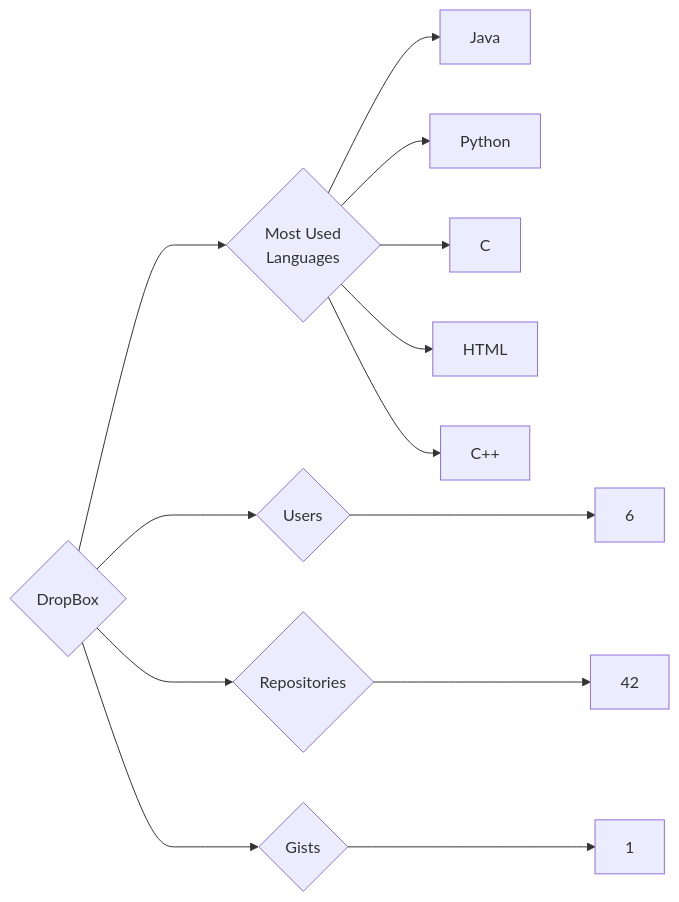
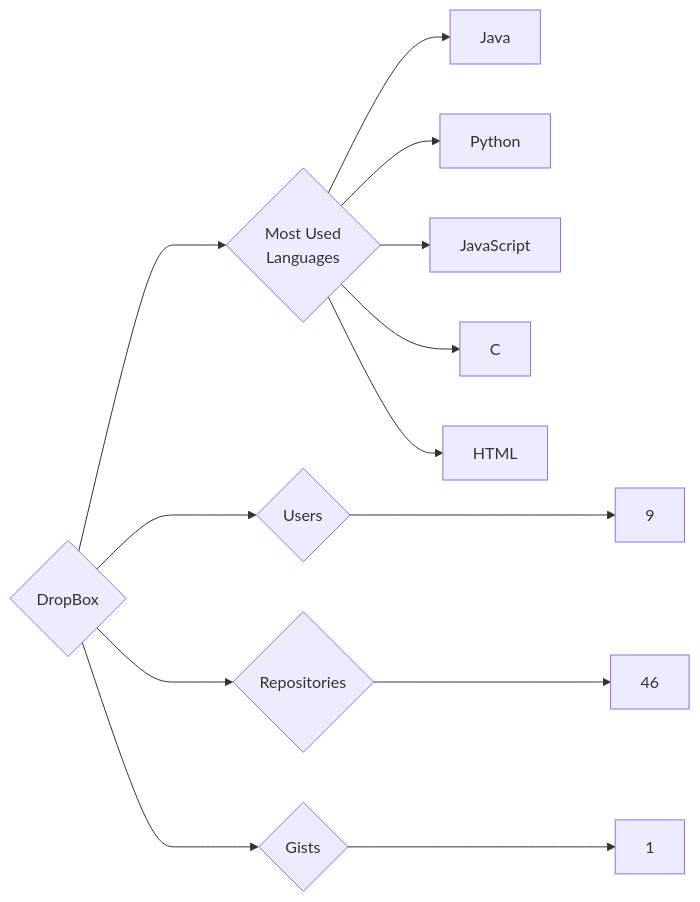
One commit to trickest/insiders changed the diagram in targets/DropBox/README.md. Above: the diagram before and after it, drawn with Mermaid. The commit also changed 912 other files, not shown here.

````diff
--- a/targets/DropBox/README.md
+++ b/targets/DropBox/README.md
@@ -3,13 +3,13 @@
 ```mermaid
 graph LR
 COMPANY_NAME{DropBox}
-COMPANY_NAME ---> U{Users} ---> UN[6]
-COMPANY_NAME ---> R{Repositories} ---> RN[42]
+COMPANY_NAME ---> U{Users} ---> UN[9]
+COMPANY_NAME ---> R{Repositories} ---> RN[46]
 COMPANY_NAME ---> G{Gists} ---> GN[1]
 COMPANY_NAME ---> ML{Most Used<br>Languages}
 ML --> Java[Java]
 ML --> Python[Python]
+ML --> JavaScript[JavaScript]
 ML --> C[C]
 ML --> HTML[HTML]
-ML --> C++[C++]
 ```
````
